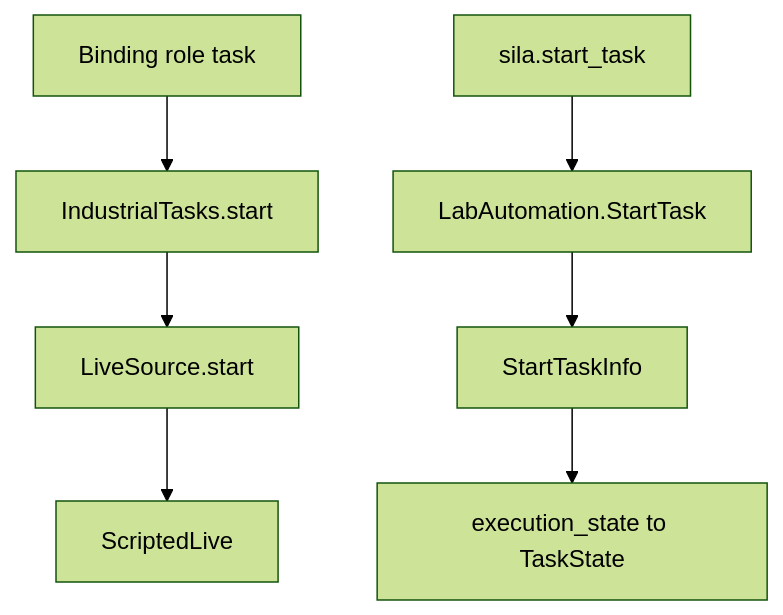
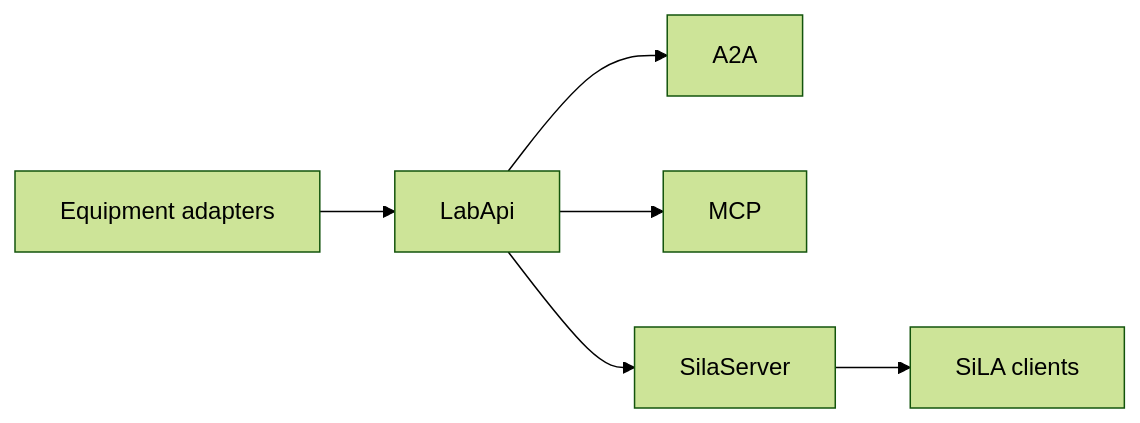
The diagram in backlog/docs/reference/sila-2/doc-8 - SiLA-2.md (A3Analytics/a2a-lab-dev-kit-rs), drawn with Mermaid (forest theme) before and after one commit. The commit also changed other lines of this file and 128 other files, not shown here.

````diff
--- a/backlog/docs/reference/sila-2/doc-8 - SiLA-2.md
+++ b/backlog/docs/reference/sila-2/doc-8 - SiLA-2.md
@@ -17,9 +15,8 @@
 ```mermaid
-flowchart TD
-  binding["Binding role task"] --> ind["IndustrialTasks.start"]
-  ind --> live["LiveSource.start"]
-  live --> scripted["ScriptedLive"]
-  helper["sila.start_task"] --> rpc["LabAutomation.StartTask"]
-  rpc --> info["StartTaskInfo"]
-  info --> state["execution_state to TaskState"]
+flowchart LR
+  equipment["Equipment adapters"] --> labApi["LabApi"]
+  labApi --> a2a["A2A"]
+  labApi --> mcp["MCP"]
+  labApi --> sila["SilaServer"]
+  sila --> clients["SiLA clients"]
 ```
````
